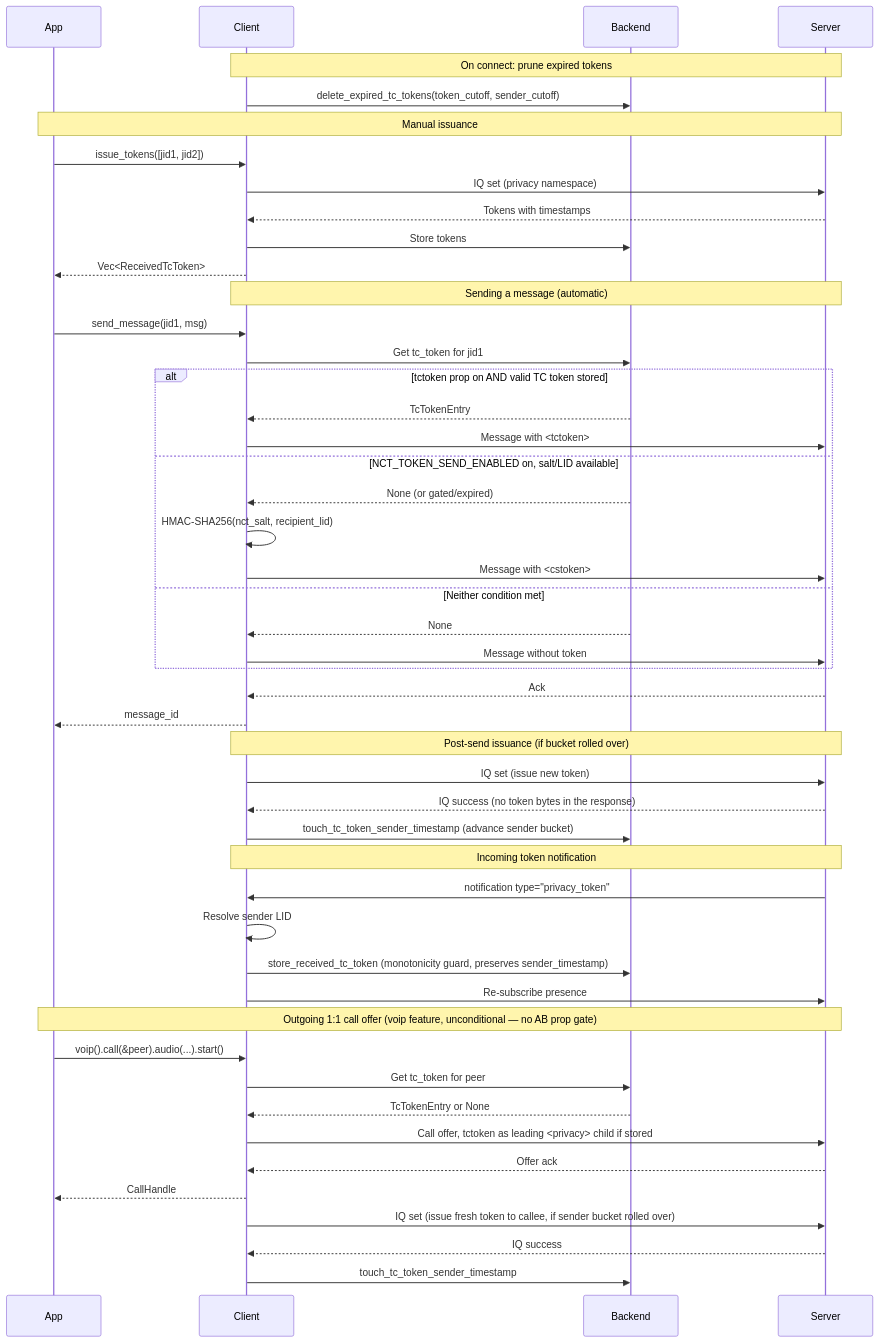
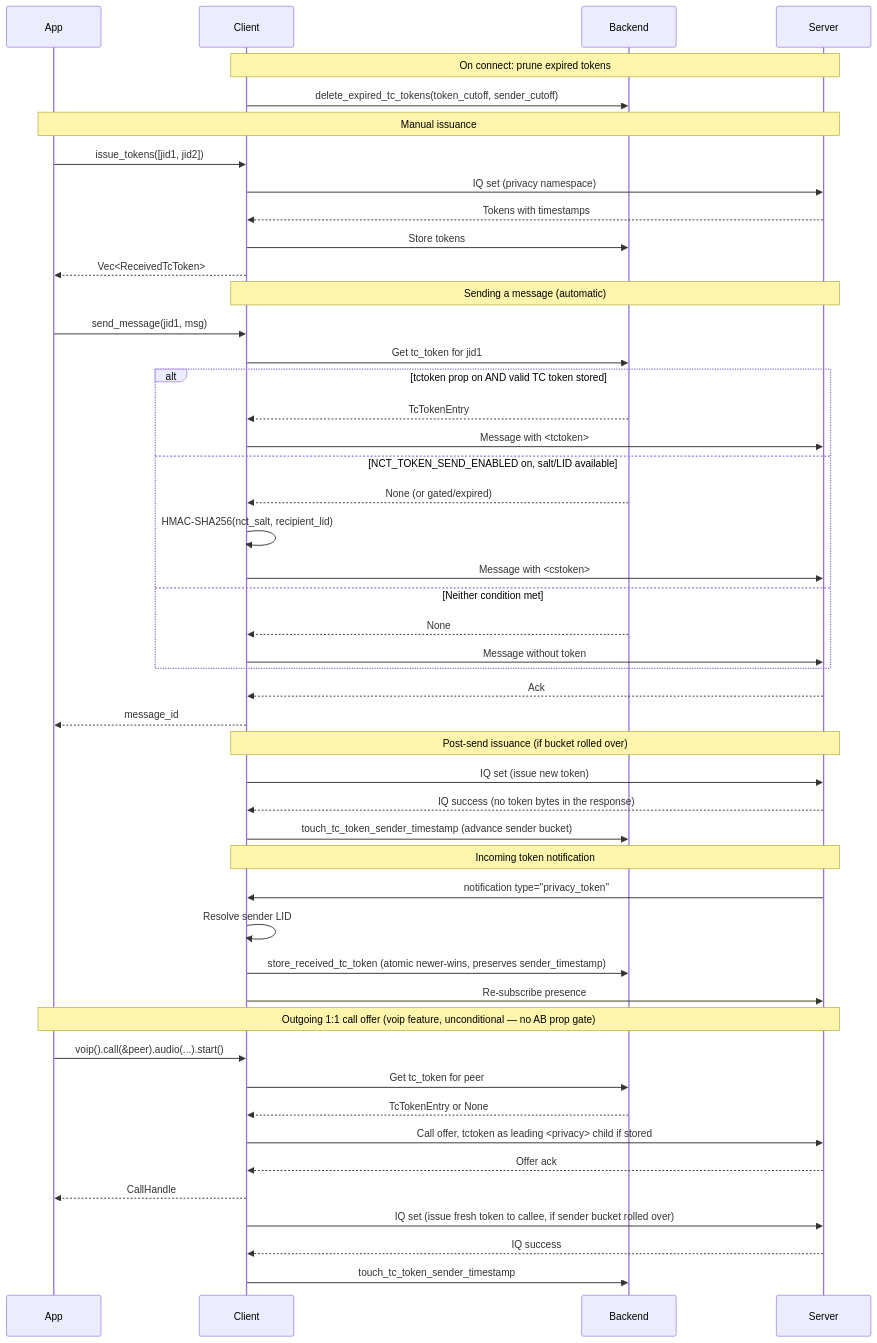
The diagram in api/tctoken.mdx (jlucaso1/whatsapp-rust-docs), drawn with Mermaid before and after one commit. The commit also changed other lines of this file and 2 other files, not shown here.

Commit message:
docs: reflect atomic newer-wins store_received_tc_token (#380)

````diff
--- a/api/tctoken.mdx
+++ b/api/tctoken.mdx
@@ -343,58 +345,58 @@
 ```mermaid
 sequenceDiagram
     participant App
     participant Client
     participant Backend
     participant Server
     
     Note over Client,Server: On connect: prune expired tokens
     Client->>Backend: delete_expired_tc_tokens(token_cutoff, sender_cutoff)
     
     Note over App,Server: Manual issuance
     App->>Client: issue_tokens([jid1, jid2])
     Client->>Server: IQ set (privacy namespace)
     Server-->>Client: Tokens with timestamps
     Client->>Backend: Store tokens
     Client-->>App: Vec<ReceivedTcToken>
     
     Note over Client,Server: Sending a message (automatic)
     App->>Client: send_message(jid1, msg)
     Client->>Backend: Get tc_token for jid1
     
     alt tctoken prop on AND valid TC token stored
         Backend-->>Client: TcTokenEntry
         Client->>Server: Message with <tctoken>
     else NCT_TOKEN_SEND_ENABLED on, salt/LID available
         Backend-->>Client: None (or gated/expired)
         Client->>Client: HMAC-SHA256(nct_salt, recipient_lid)
         Client->>Server: Message with <cstoken>
     else Neither condition met
         Backend-->>Client: None
         Client->>Server: Message without token
     end
     
     Server-->>Client: Ack
     Client-->>App: message_id
     
     Note over Client,Server: Post-send issuance (if bucket rolled over)
     Client->>Server: IQ set (issue new token)
     Server-->>Client: IQ success (no token bytes in the response)
     Client->>Backend: touch_tc_token_sender_timestamp (advance sender bucket)
     
     Note over Client,Server: Incoming token notification
     Server->>Client: notification type="privacy_token"
     Client->>Client: Resolve sender LID
-    Client->>Backend: store_received_tc_token (monotonicity guard, preserves sender_timestamp)
+    Client->>Backend: store_received_tc_token (atomic newer-wins, preserves sender_timestamp)
     Client->>Server: Re-subscribe presence
     
     Note over App,Server: Outgoing 1:1 call offer (voip feature, unconditional — no AB prop gate)
     App->>Client: voip().call(&peer).audio(...).start()
     Client->>Backend: Get tc_token for peer
     Backend-->>Client: TcTokenEntry or None
     Client->>Server: Call offer, tctoken as leading <privacy> child if stored
     Server-->>Client: Offer ack
     Client-->>App: CallHandle
     Client->>Server: IQ set (issue fresh token to callee, if sender bucket rolled over)
     Server-->>Client: IQ success
     Client->>Backend: touch_tc_token_sender_timestamp
 ```
````
